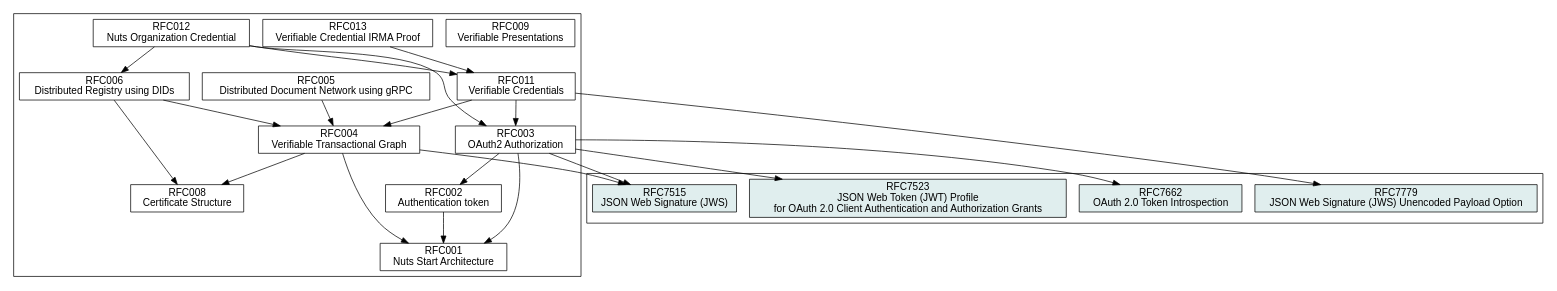
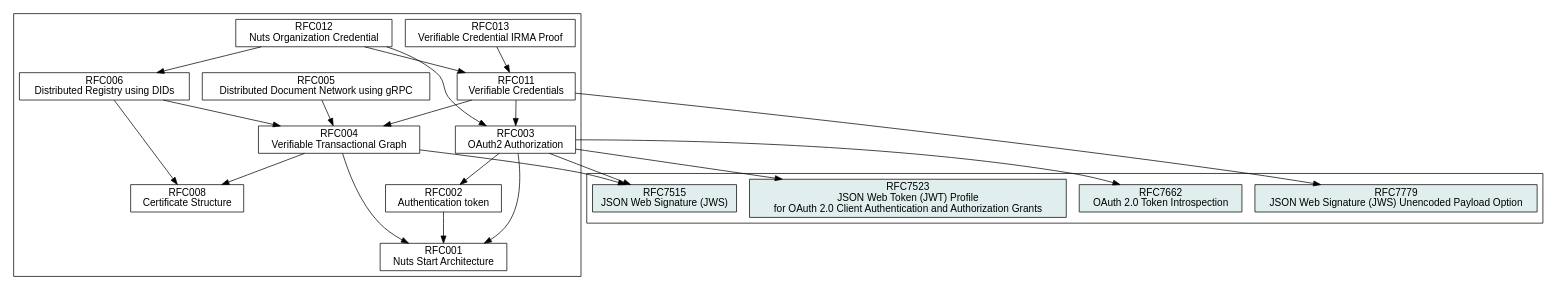
Before and after one commit to nuts-foundation/nuts-specification: the diagram in .gitbook/source/spec-relations.dot, drawn with Graphviz. The commit also changed 3 other files, not shown here.

```diff
--- a/.gitbook/source/spec-relations.dot
+++ b/.gitbook/source/spec-relations.dot
@@ -1,57 +1,56 @@
 digraph D {
     graph [fontname = "helvetica"];
     node [fontname = "helvetica",shape=box];
     edge [fontname = "helvetica"];
     root = RFC001;
     overlap = false;
 
     // Internal RFCs
     subgraph cluster_internal {
         RFC001 [label = "RFC001\nNuts Start Architecture",href = "rfc001-nuts-start-architecture"];
         RFC002 [label = "RFC002\nAuthentication token",href = "rfc002-authentication-token"];
         RFC003 [label = "RFC003\nOAuth2 Authorization",href = "rfc003-oauth2-authorization"];
         RFC004 [label = "RFC004\nVerifiable Transactional Graph",href = "rfc004-verifiable-transactional-graph"];
         RFC005 [label = "RFC005\nDistributed Document Network using gRPC",href = "rfc005-distributed-document-network-grpc"];
         RFC006 [label = "RFC006\nDistributed Registry using DIDs",href = "rfc006-distributed-registry"];
         RFC008 [label = "RFC008\nCertificate Structure",href = "rfc008-certificate-structure"];
-        RFC009 [label = "RFC009\nVerifiable Presentations",href = "rfc009-verifiable-presentations"];
         RFC011 [label = "RFC011\nVerifiable Credentials",href = "rfc011-verifiable-credential"];
         RFC012 [label = "RFC012\nNuts Organization Credential",href = "rfc012-nuts-organization-credential"];
         RFC013 [label = "RFC013\nVerifiable Credential IRMA Proof",href = "rfc013-vc-irma-proof"];
     }
 
     // External RFCs
     subgraph cluster_external {
         RFC7779_EXT [label = "RFC7779\nJSON Web Signature (JWS) Unencoded Payload Option", href = "https://datatracker.ietf.org/doc/html/rfc7797", fillcolor = azure2, style = filled]
         RFC7662_EXT [label = "RFC7662\nOAuth 2.0 Token Introspection", href = "https://tools.ietf.org/html/rfc7662", fillcolor = azure2, style = filled]
         RFC7523_EXT [label = "RFC7523\nJSON Web Token (JWT) Profile\nfor OAuth 2.0 Client Authentication and Authorization Grants", href = "https://tools.ietf.org/html/rfc7523", fillcolor = azure2, style = filled,]
         RFC7515_EXT [label = "RFC7515\nJSON Web Signature (JWS)", href = "https://tools.ietf.org/html/rfc7515", fillcolor = azure2, style = filled]
     }
 
     RFC002 -> RFC001
 
     RFC003 -> RFC001
     RFC003 -> RFC002
     RFC003 -> RFC7662_EXT
     RFC003 -> RFC7523_EXT
     RFC003 -> RFC7515_EXT
 
     RFC004 -> RFC001
     RFC004 -> RFC7515_EXT
     RFC004 -> RFC008
 
     RFC005 -> RFC004
 
     RFC006 -> RFC004
     RFC006 -> RFC008
 
     RFC011 -> RFC003
     RFC011 -> RFC004
     RFC011 -> RFC7779_EXT
 
     RFC012 -> RFC003
     RFC012 -> RFC006
     RFC012 -> RFC011
 
     RFC013 -> RFC011
 }
```
